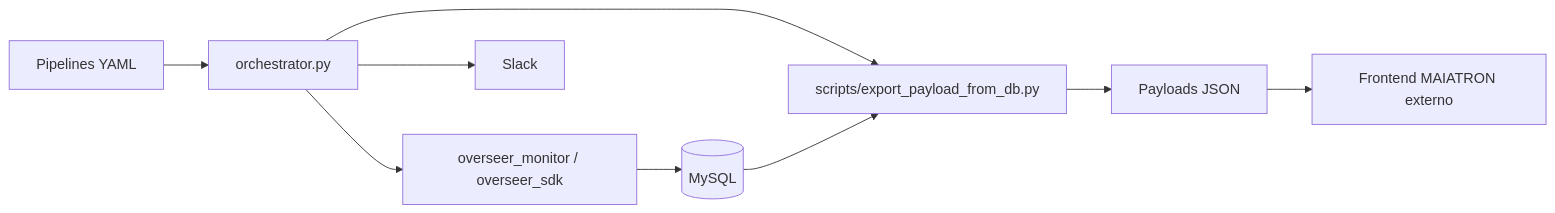
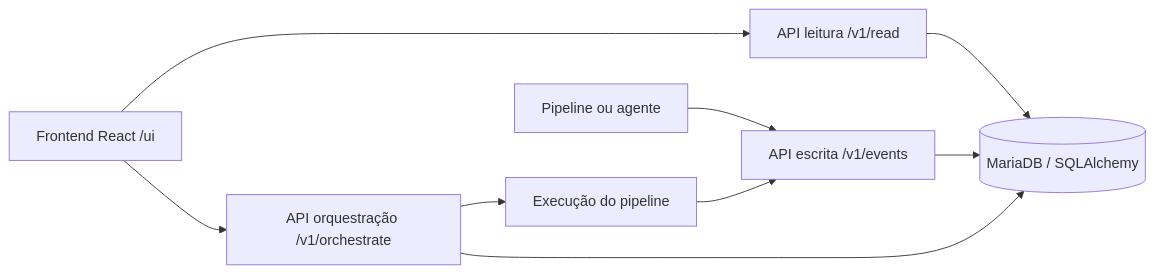
The diagram in README.md (emanuwells/Overseer), drawn with Mermaid before and after one commit. The commit also changed other lines of this file and 93 other files, not shown here.

````diff
--- a/README.md
+++ b/README.md
@@ -36,11 +35,11 @@
 ```mermaid
 flowchart LR
-    pipeline[Pipelines YAML] --> orchestrator[orchestrator.py]
-    orchestrator --> monitor[overseer_monitor / overseer_sdk]
-    monitor --> db[(MySQL)]
-    orchestrator --> export[scripts/export_payload_from_db.py]
-    db --> export
-    export --> json[Payloads JSON]
-    json --> frontend[Frontend MAIATRON externo]
-    orchestrator --> slack[Slack]
+    ui[Frontend React /ui] --> read[API leitura /v1/read]
+    pipeline[Pipeline ou agente] --> write[API escrita /v1/events]
+    ui --> orch[API orquestração /v1/orchestrate]
+    orch --> runner[Execução do pipeline]
+    runner --> write
+    read --> db[(MariaDB / SQLAlchemy)]
+    write --> db
+    orch --> db
 ```
````
